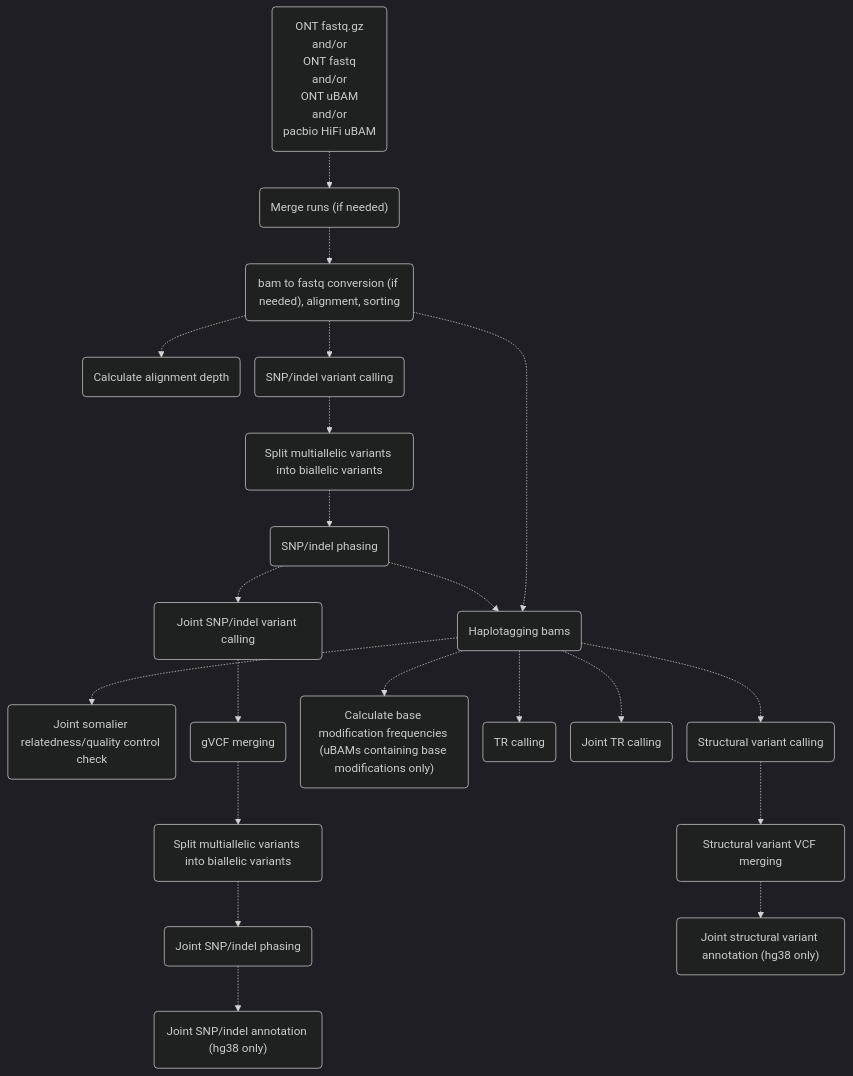
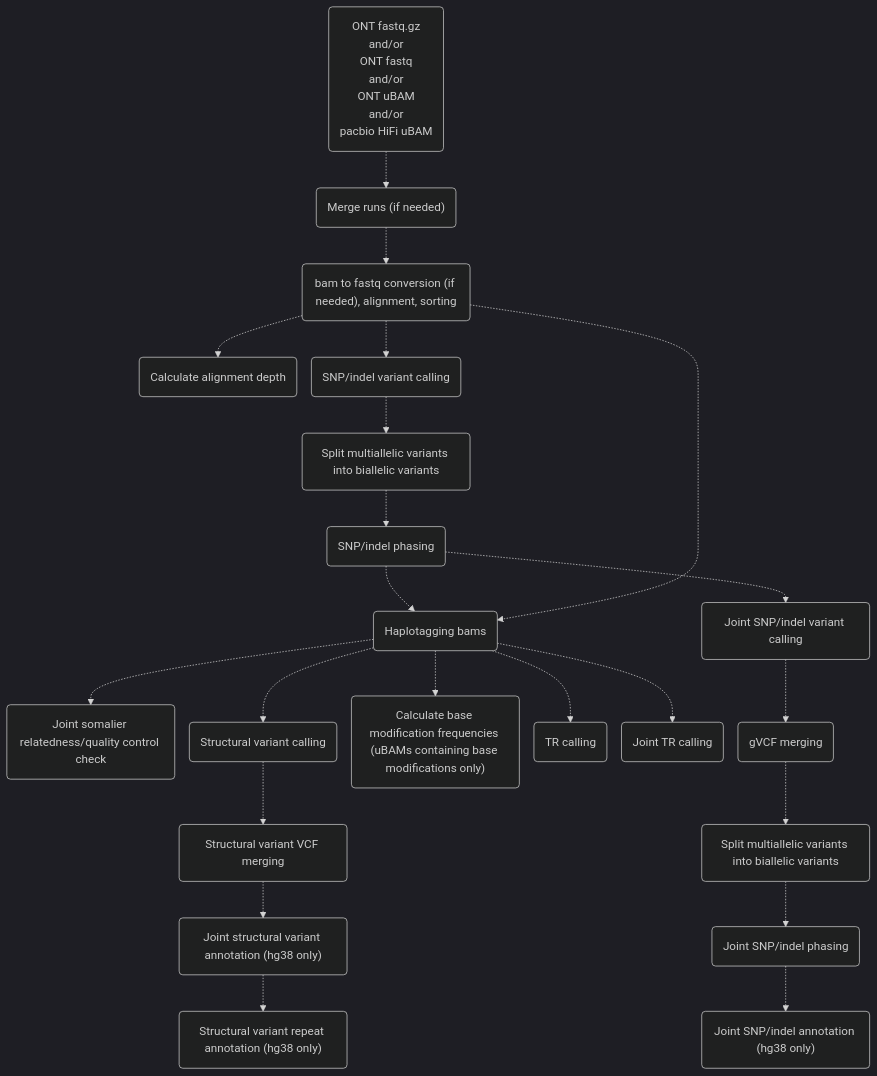
One commit to leahkemp/pipeface changed the third of 3 diagrams in docs/pipeface/info.md. Above: the diagram before and after it, drawn with Mermaid. The commit also changed other lines of this file and 11 other files, not shown here.

Commit message:
add SVscanner SV repeat annotation after VEP in pipeface and popface

````diff
--- a/docs/pipeface/info.md
+++ b/docs/pipeface/info.md
@@ -77,36 +79,37 @@
 ```mermaid
 %%{init:{'theme':'dark','themeVariables':{'fontSize':'11'},'flowchart':{'nodeSpacing':20}}}%%
 flowchart TB
 
 input_data("ONT fastq.gz <br> and/or <br> ONT fastq <br> and/or <br> ONT uBAM <br> and/or <br> pacbio HiFi uBAM")
 merging("Merge runs (if needed)")
 alignment("bam to fastq conversion (if needed), alignment, sorting")
 depth("Calculate alignment depth")
 snp_indel_calling("SNP/indel variant calling")
 split_multiallele("Split multiallelic variants into biallelic variants")
 snp_indel_phasing("SNP/indel phasing")
 joint_snp_indel_calling("Joint SNP/indel variant calling")
 joint_somalier("Joint somalier relatedness/quality control check")
 gvcf_merging("gVCF merging")
 joint_split_multiallele("Split multiallelic variants into biallelic variants")
 joint_snp_indel_phasing("Joint SNP/indel phasing")
 joint_snp_indel_annotation("Joint SNP/indel annotation (hg38 only)")
 haplotagging("Haplotagging bams")
 calculate_base_mod_freqs("Calculate base modification frequencies (uBAMs containing base modifications only)")
 tr_calling("TR calling")
 joint_tr_calling("Joint TR calling")
 sv_calling("Structural variant calling")
 sv_vcf_merging("Structural variant VCF merging")
 joint_sv_annotation("Joint structural variant annotation (hg38 only)")
+sv_repeat_annotation("Structural variant repeat annotation (hg38 only)")
 
 input_data-.->merging-.->alignment-.->snp_indel_calling-.->split_multiallele-.->snp_indel_phasing-.->haplotagging-.->sv_calling
 alignment-.->depth
 alignment-.->haplotagging
 haplotagging-.->calculate_base_mod_freqs
 haplotagging-.->tr_calling
 haplotagging-.->joint_tr_calling
 haplotagging-.->joint_somalier
 snp_indel_phasing-.->joint_snp_indel_calling-.->gvcf_merging-.->joint_split_multiallele-.->joint_snp_indel_phasing-.->joint_snp_indel_annotation
-sv_calling-.->sv_vcf_merging-.->joint_sv_annotation
+sv_calling-.->sv_vcf_merging-.->joint_sv_annotation-.->sv_repeat_annotation
 
 ```
````
